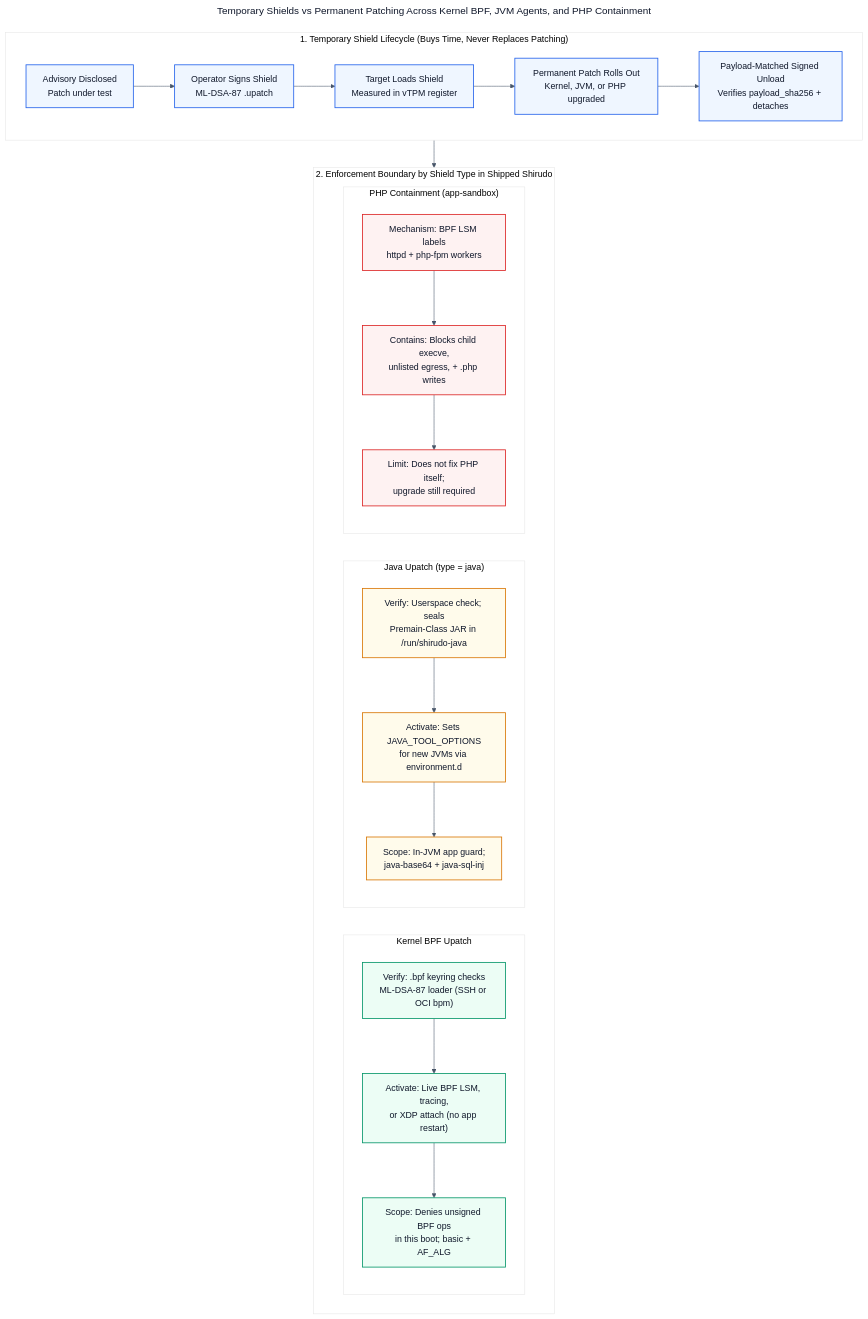
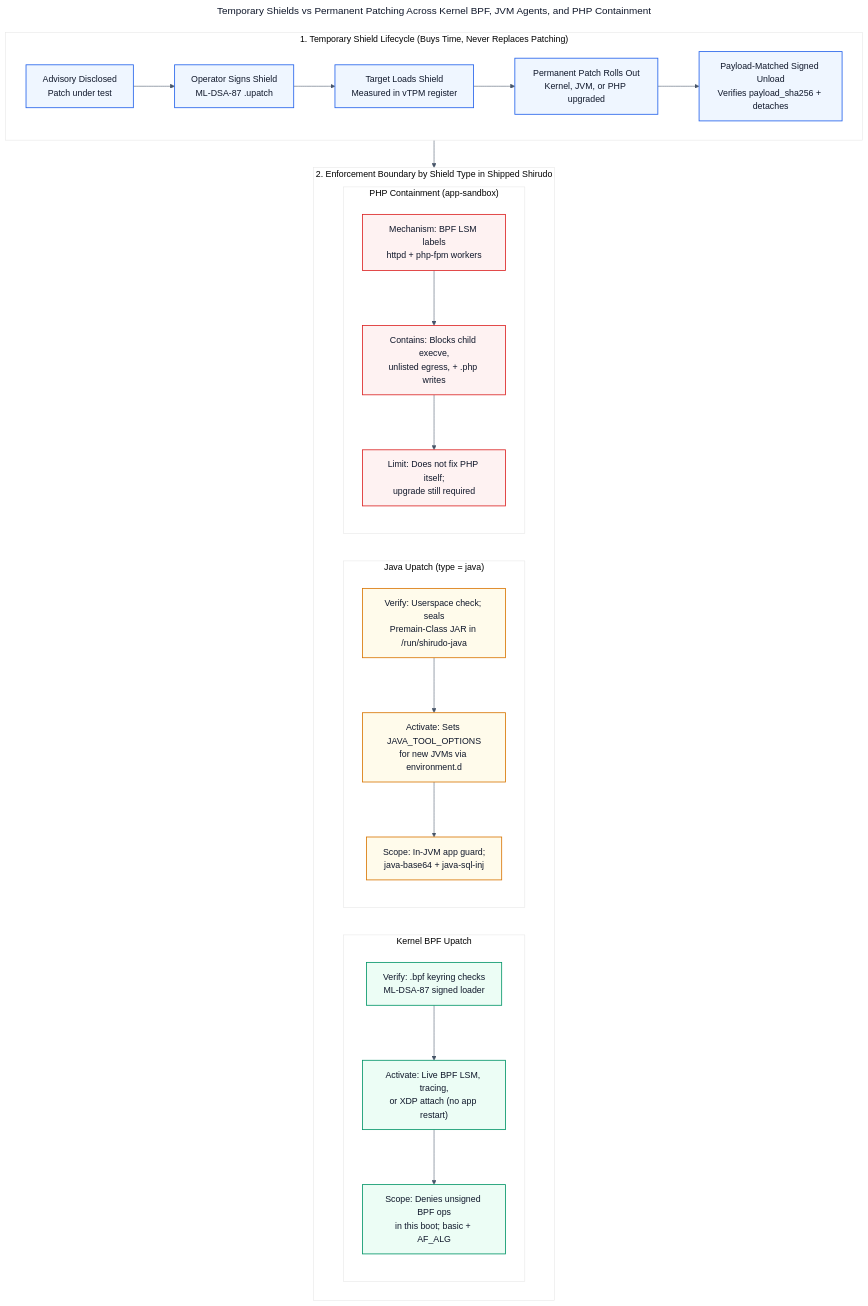
Before and after one commit to johnsonshi/shirudo-on-azure: the diagram in docs/figures/shirudo-shield-mechanisms.mmd, drawn with Mermaid. The commit also changed 4 other files, not shown here.

```diff
--- a/docs/figures/shirudo-shield-mechanisms.mmd
+++ b/docs/figures/shirudo-shield-mechanisms.mmd
@@ -1,60 +1,60 @@
 ---
 title: "Temporary Shields vs Permanent Patching Across Kernel BPF, JVM Agents, and PHP Containment"
 config:
   theme: base
   layout: dagre
   themeVariables:
     primaryColor: "#f8fafc"
     primaryTextColor: "#0f172a"
     primaryBorderColor: "#334155"
     lineColor: "#475569"
 ---
 %% Editable Mermaid source for docs/figures/shirudo-shield-mechanisms.svg
 flowchart TB
     subgraph LIFE["1. Temporary Shield Lifecycle (Buys Time, Never Replaces Patching)"]
         direction LR
         L1["Advisory Disclosed<br/>Patch under test"] --> L2["Operator Signs Shield<br/>ML-DSA-87 .upatch"]
         L2 --> L3["Target Loads Shield<br/>Measured in vTPM register"]
         L3 --> L4["Permanent Patch Rolls Out<br/>Kernel, JVM, or PHP upgraded"]
         L4 --> L5["Payload-Matched Signed Unload<br/>Verifies payload_sha256 + detaches"]
     end
 
     subgraph COMP["2. Enforcement Boundary by Shield Type in Shipped Shirudo"]
         direction LR
 
         subgraph S_BPF["Kernel BPF Upatch"]
             direction TB
-            B1["Verify: .bpf keyring checks<br/>ML-DSA-87 loader (SSH or OCI bpm)"]
+            B1["Verify: .bpf keyring checks<br/>ML-DSA-87 signed loader"]
             B2["Activate: Live BPF LSM, tracing,<br/>or XDP attach (no app restart)"]
             B3["Scope: Denies unsigned BPF ops<br/>in this boot; basic + AF_ALG"]
             B1 --> B2 --> B3
         end
 
         subgraph S_JAVA["Java Upatch (type = java)"]
             direction TB
             J1["Verify: Userspace check; seals<br/>Premain-Class JAR in /run/shirudo-java"]
             J2["Activate: Sets JAVA_TOOL_OPTIONS<br/>for new JVMs via environment.d"]
             J3["Scope: In-JVM app guard;<br/>java-base64 + java-sql-inj"]
             J1 --> J2 --> J3
         end
 
         subgraph S_PHP["PHP Containment (app-sandbox)"]
             direction TB
             P1["Mechanism: BPF LSM labels<br/>httpd + php-fpm workers"]
             P2["Contains: Blocks child execve,<br/>unlisted egress, + .php writes"]
             P3["Limit: Does not fix PHP itself;<br/>upgrade still required"]
             P1 --> P2 --> P3
         end
     end
 
     LIFE --> COMP
 
     classDef stepBox fill:#eff6ff,stroke:#2563eb,stroke-width:1.5px,color:#0f172a
     classDef bpfBox fill:#ecfdf5,stroke:#059669,stroke-width:1.5px,color:#0f172a
     classDef javaBox fill:#fffbeb,stroke:#d97706,stroke-width:1.5px,color:#0f172a
     classDef phpBox fill:#fef2f2,stroke:#dc2626,stroke-width:1.5px,color:#0f172a
 
     class L1,L2,L3,L4,L5 stepBox
     class B1,B2,B3 bpfBox
     class J1,J2,J3 javaBox
     class P1,P2,P3 phpBox
```
